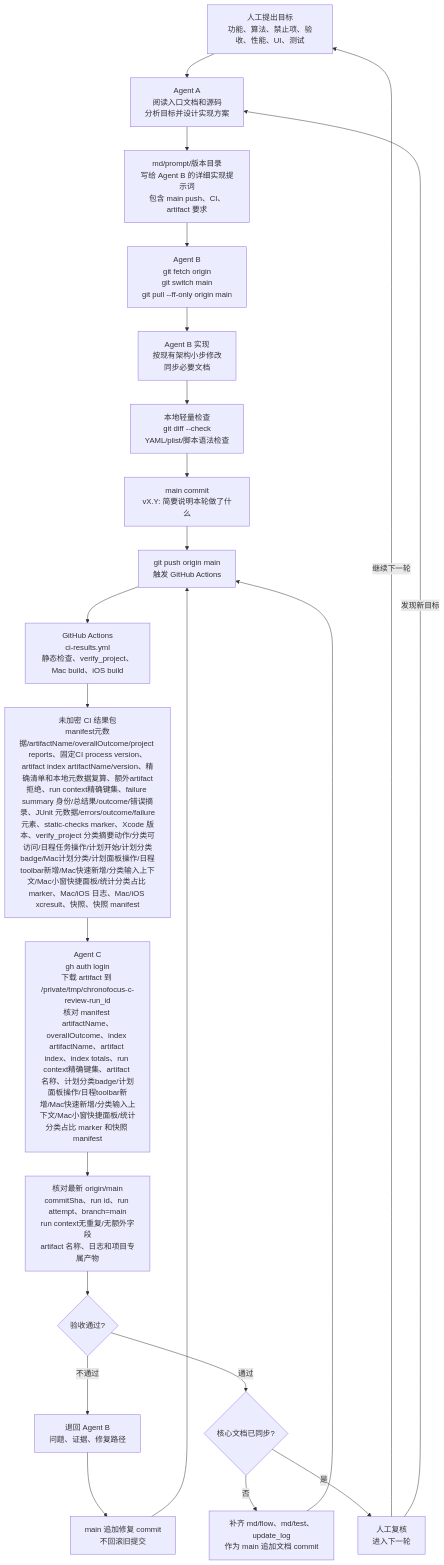
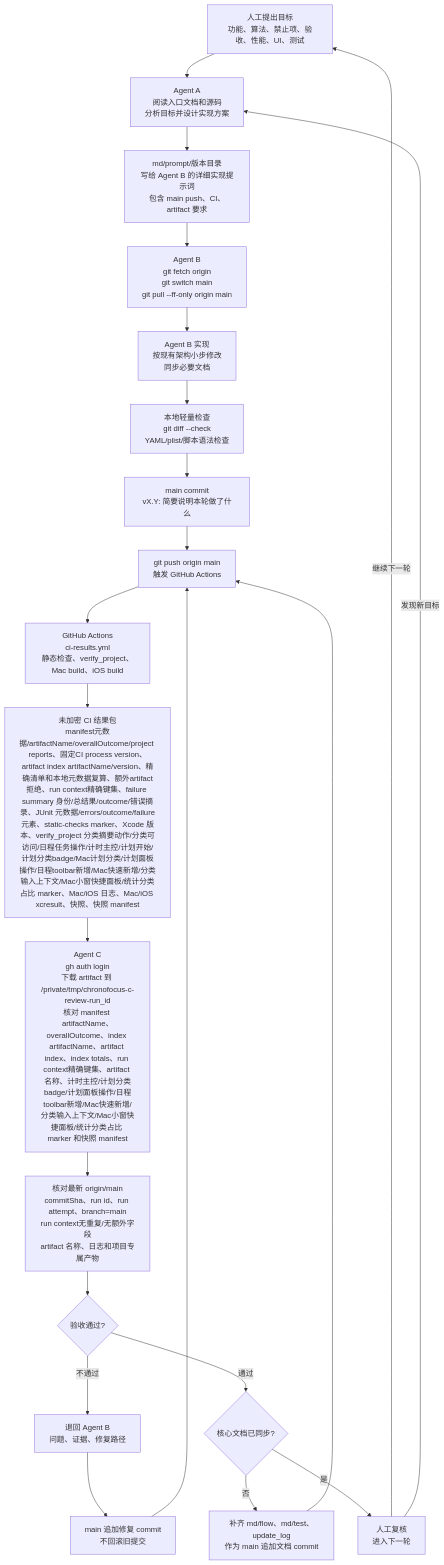
One commit to Altman-sam114/114 changed the fifth of 6 diagrams in md/flow/flowchart.md. Above: the diagram before and after it, drawn with Mermaid. The commit also changed other lines of this file and 10 other files, not shown here.

````diff
--- a/md/flow/flowchart.md
+++ b/md/flow/flowchart.md
@@ -102,24 +102,24 @@
 ```mermaid
 flowchart TD
   H["人工提出目标<br/>功能、算法、禁止项、验收、性能、UI、测试"] --> A["Agent A<br/>阅读入口文档和源码<br/>分析目标并设计实现方案"]
   A --> P["md/prompt/版本目录<br/>写给 Agent B 的详细实现提示词<br/>包含 main push、CI、artifact 要求"]
   P --> B0["Agent B<br/>git fetch origin<br/>git switch main<br/>git pull --ff-only origin main"]
   B0 --> B1["Agent B 实现<br/>按现有架构小步修改<br/>同步必要文档"]
   B1 --> L["本地轻量检查<br/>git diff --check<br/>YAML/plist/脚本语法检查"]
   L --> G["main commit<br/>vX.Y: 简要说明本轮做了什么"]
   G --> PUSH["git push origin main<br/>触发 GitHub Actions"]
   PUSH --> CI["GitHub Actions<br/>ci-results.yml<br/>静态检查、verify_project、Mac build、iOS build"]
-  CI --> ART["未加密 CI 结果包<br/>manifest元数据/artifactName/overallOutcome/project reports、固定CI process version、artifact index artifactName/version、精确清单和本地元数据复算、额外artifact拒绝、run context精确键集、failure summary 身份/总结果/outcome/错误摘录、JUnit 元数据/errors/outcome/failure元素、static-checks marker、Xcode 版本、verify_project 分类摘要动作/分类可访问/日程任务操作/计划开始/计划分类badge/Mac计划分类/计划面板操作/日程toolbar新增/Mac快速新增/分类输入上下文/Mac小窗快捷面板/统计分类占比 marker、Mac/iOS 日志、Mac/iOS xcresult、快照、快照 manifest"]
-  ART --> C["Agent C<br/>gh auth login<br/>下载 artifact 到 /private/tmp/chronofocus-c-review-run_id<br/>核对 manifest artifactName、overallOutcome、index artifactName、artifact index、index totals、run context精确键集、artifact 名称、计划分类badge/计划面板操作/日程toolbar新增/Mac快速新增/分类输入上下文/Mac小窗快捷面板/统计分类占比 marker 和快照 manifest"]
+  CI --> ART["未加密 CI 结果包<br/>manifest元数据/artifactName/overallOutcome/project reports、固定CI process version、artifact index artifactName/version、精确清单和本地元数据复算、额外artifact拒绝、run context精确键集、failure summary 身份/总结果/outcome/错误摘录、JUnit 元数据/errors/outcome/failure元素、static-checks marker、Xcode 版本、verify_project 分类摘要动作/分类可访问/日程任务操作/计时主控/计划开始/计划分类badge/Mac计划分类/计划面板操作/日程toolbar新增/Mac快速新增/分类输入上下文/Mac小窗快捷面板/统计分类占比 marker、Mac/iOS 日志、Mac/iOS xcresult、快照、快照 manifest"]
+  ART --> C["Agent C<br/>gh auth login<br/>下载 artifact 到 /private/tmp/chronofocus-c-review-run_id<br/>核对 manifest artifactName、overallOutcome、index artifactName、artifact index、index totals、run context精确键集、artifact 名称、计时主控/计划分类badge/计划面板操作/日程toolbar新增/Mac快速新增/分类输入上下文/Mac小窗快捷面板/统计分类占比 marker 和快照 manifest"]
   C --> V["核对最新 origin/main<br/>commitSha、run id、run attempt、branch=main<br/>run context无重复/无额外字段<br/>artifact 名称、日志和项目专属产物"]
   V --> PASS{"验收通过?"}
   PASS -->|不通过| BACK["退回 Agent B<br/>问题、证据、修复路径"]
   BACK --> FIX["main 追加修复 commit<br/>不回滚旧提交"]
   FIX --> PUSH
   PASS -->|通过| DOC{"核心文档已同步?"}
   DOC -->|否| D["补齐 md/flow、md/test、update_log<br/>作为 main 追加文档 commit"]
   D --> PUSH
   DOC -->|是| J["人工复核<br/>进入下一轮"]
   J -->|继续下一轮| H
   J -->|发现新目标| A
 ```
````
